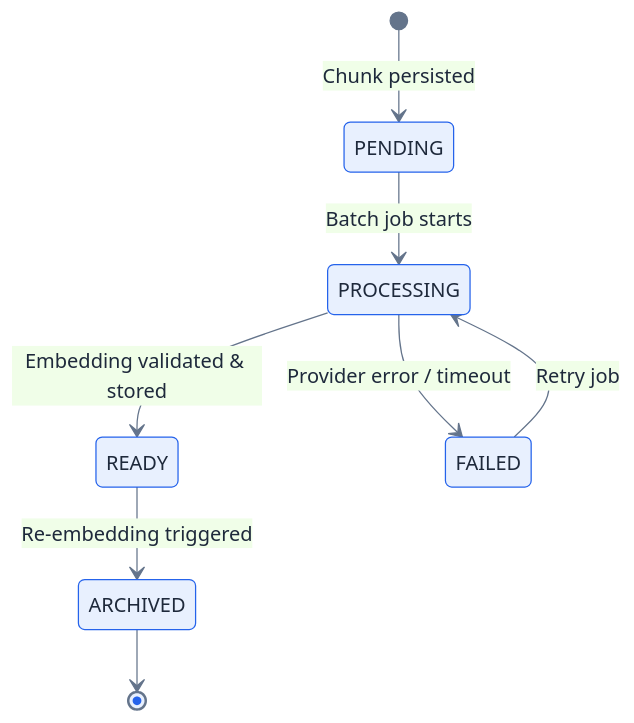
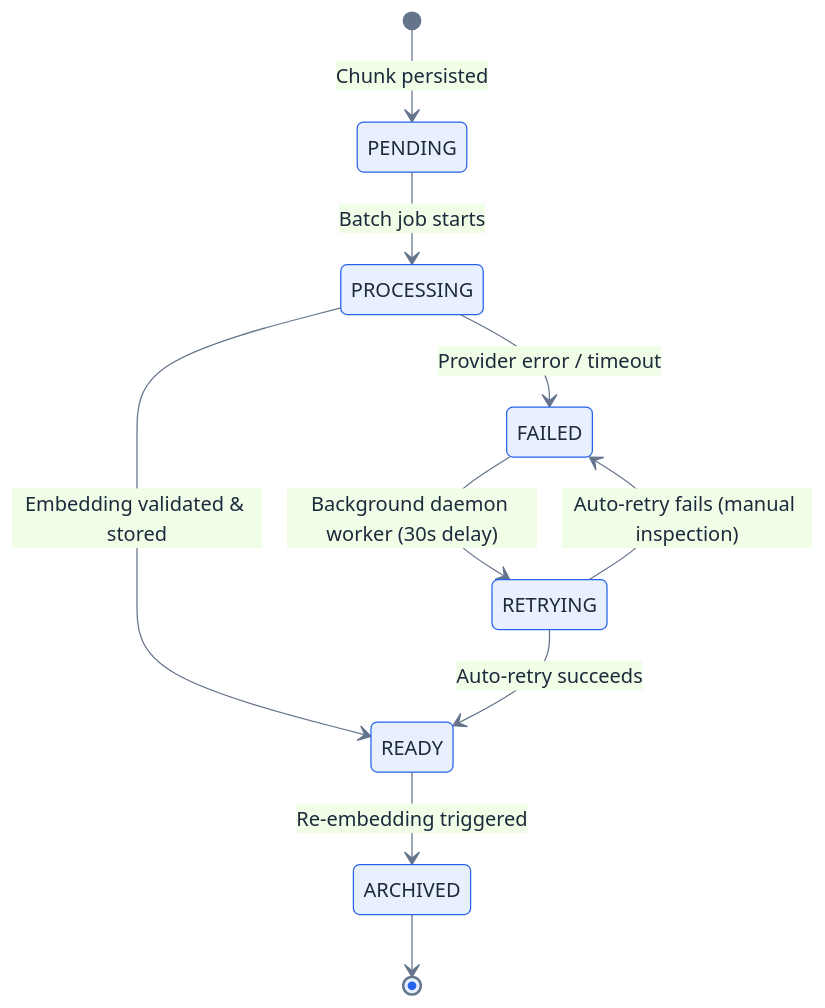
Before and after one commit to joshi-chinmay-016/SkillSwap: the sixth of 18 diagrams in README.md, drawn with Mermaid. The commit also changed other lines of this file and 4 other files, not shown here.

````diff
--- a/README.md
+++ b/README.md
@@ -316,19 +323,21 @@
 ```mermaid
 %%{init: {
 "theme":"base",
 "themeVariables":{
 "primaryColor":"#E8F0FE",
 "primaryBorderColor":"#2563EB",
 "primaryTextColor":"#1E293B",
 "lineColor":"#64748B"
 }
 }}%%
 stateDiagram-v2
     [*] --> PENDING : Chunk persisted
     PENDING --> PROCESSING : Batch job starts
     PROCESSING --> READY : Embedding validated & stored
     PROCESSING --> FAILED : Provider error / timeout
-    FAILED --> PROCESSING : Retry job
+    FAILED --> RETRYING : Background daemon worker (30s delay)
+    RETRYING --> READY : Auto-retry succeeds
+    RETRYING --> FAILED : Auto-retry fails (manual inspection)
     READY --> ARCHIVED : Re-embedding triggered
     ARCHIVED --> [*]
 ```
````
